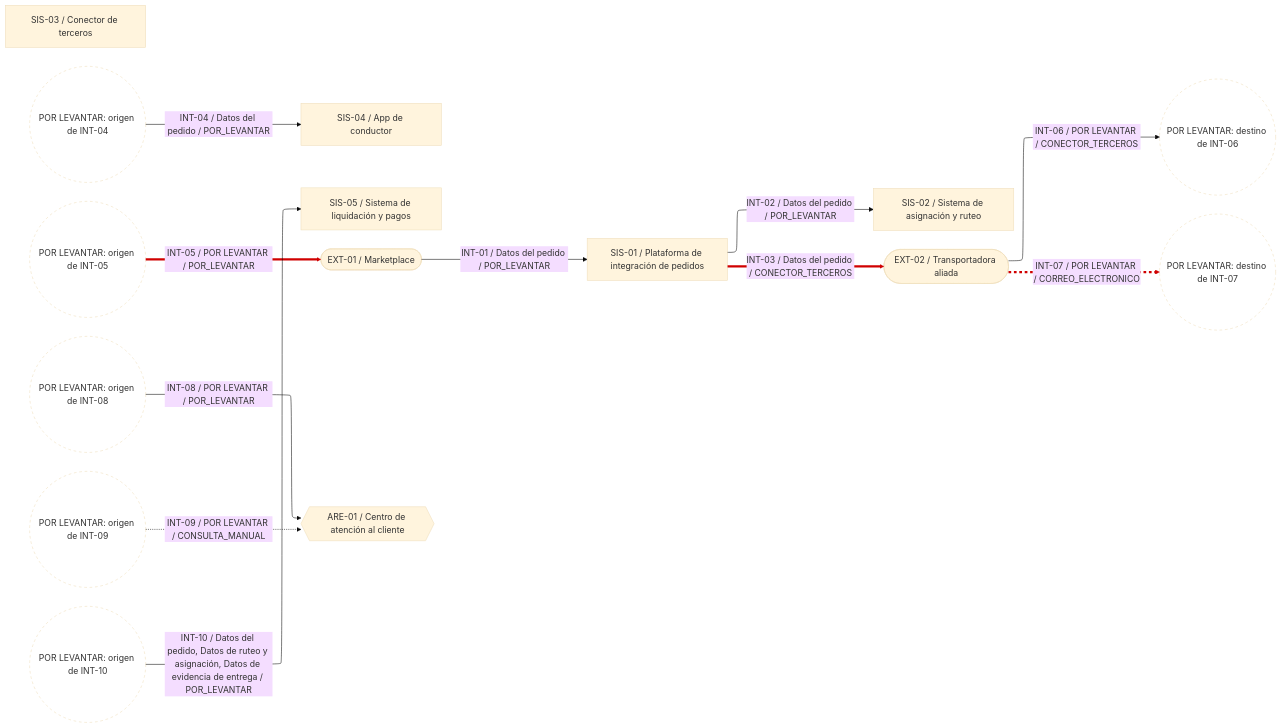
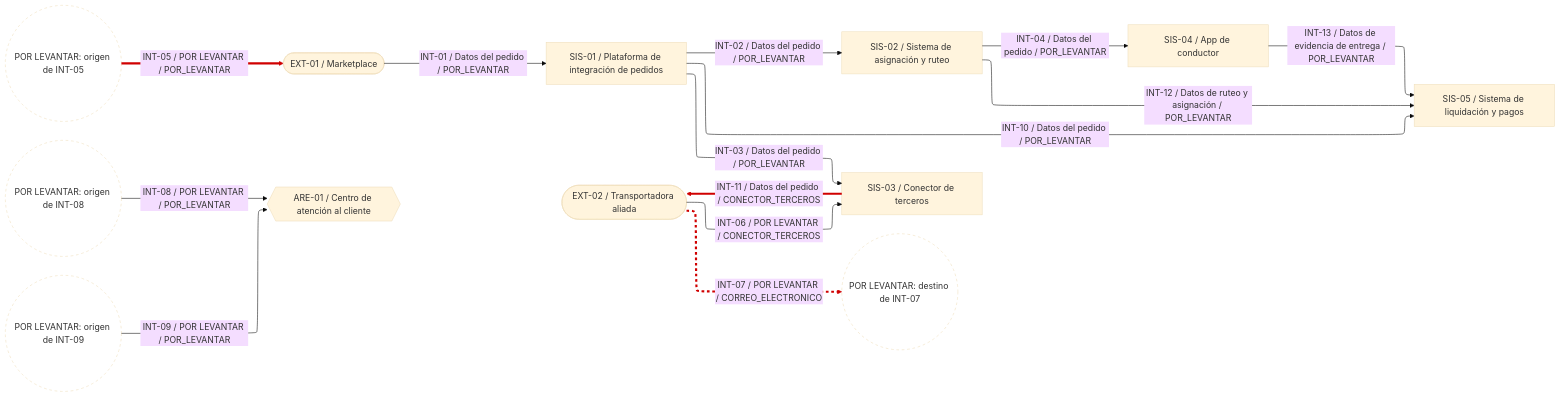
The diagram in artefactos/3d_diligenciado/mapa_integracion.mmd (db-unicode/investigacion-app), drawn with Mermaid (base theme) before and after one commit. The commit also changed 19 other files, not shown here.

```diff
--- a/artefactos/3d_diligenciado/mapa_integracion.mmd
+++ b/artefactos/3d_diligenciado/mapa_integracion.mmd
@@ -1,61 +1,65 @@
 ---
 config:
   layout: elk
 ---
 flowchart LR
   %% MAPA DE INTEGRACION DILIGENCIADO (PV-INT-2: Extremo + Intercambio + Problema)
   %% Fuente unica de hechos: FUE-01 (enunciado del caso). Datos tomados de formato_levantamiento_integracion v1.1.
   %% Lenguaje grafico BAC-13: Sistema = rectangulo | ParticipanteExterno = estadio | Area = hexagono
   %% Intercambio = flecha origen -> destino rotulada con id / grupos transportados / mecanismo
   %% CORREO_ELECTRONICO o CONSULTA_MANUAL = flecha punteada | Intercambio con Problema = flecha roja gruesa
   %% Punteada y con Problema = punteada, roja y gruesa (combinacion aprobada por el Arquitecto Lider).
   %% Extremo no registrado = circulo punteado 'POR LEVANTAR' (representacion PROVISIONAL, no definida en BAC-13).
   %% Aparecen todos los Sistema y ParticipanteExterno, y las Area que son origen o destino de un Intercambio.
-  %% SIS-03 (conector de terceros) no es origen ni destino: el metamodelo no expresa 'a traves de' (ver B9).
+  %% R7: el conector de terceros (SIS-03) es Extremo; CONECTOR_TERCEROS solo en el tramo conector-aliado.
+  %% Extremos derivados de una secuencia del enunciado (Nivel HIPOTESIS) se marcan en el comentario de cada flecha.
 
   %% --- Extremos ---
   SIS_01["SIS-01 / Plataforma de integración de pedidos"]
   SIS_02["SIS-02 / Sistema de asignación y ruteo"]
   SIS_03["SIS-03 / Conector de terceros"]
   SIS_04["SIS-04 / App de conductor"]
   SIS_05["SIS-05 / Sistema de liquidación y pagos"]
   EXT_01(["EXT-01 / Marketplace"])
   EXT_02(["EXT-02 / Transportadora aliada"])
   ARE_01{{"ARE-01 / Centro de atención al cliente"}}
 
   %% --- Extremos POR LEVANTAR ---
-  PL_INT_04_origen(("POR LEVANTAR: origen de INT-04")):::porLevantar
   PL_INT_05_origen(("POR LEVANTAR: origen de INT-05")):::porLevantar
-  PL_INT_06_destino(("POR LEVANTAR: destino de INT-06")):::porLevantar
   PL_INT_07_destino(("POR LEVANTAR: destino de INT-07")):::porLevantar
   PL_INT_08_origen(("POR LEVANTAR: origen de INT-08")):::porLevantar
   PL_INT_09_origen(("POR LEVANTAR: origen de INT-09")):::porLevantar
-  PL_INT_10_origen(("POR LEVANTAR: origen de INT-10")):::porLevantar
 
   %% --- Intercambios (el orden define el indice de linkStyle) ---
   %% 0: INT-01 (continua)
   EXT_01 -->|"INT-01 / Datos del pedido / POR_LEVANTAR"| SIS_01
   %% 1: INT-02 (continua)
   SIS_01 -->|"INT-02 / Datos del pedido / POR_LEVANTAR"| SIS_02
-  %% 2: INT-03 (continua, roja gruesa (tiene Problema))
-  SIS_01 ==>|"INT-03 / Datos del pedido / CONECTOR_TERCEROS"| EXT_02
-  %% 3: INT-04 (continua)
-  PL_INT_04_origen -->|"INT-04 / Datos del pedido / POR_LEVANTAR"| SIS_04
+  %% 2: INT-03 (continua)
+  SIS_01 -->|"INT-03 / Datos del pedido / POR_LEVANTAR"| SIS_03
+  %% 3: INT-04 (continua, extremo derivado de una secuencia (Nivel HIPOTESIS))
+  SIS_02 -->|"INT-04 / Datos del pedido / POR_LEVANTAR"| SIS_04
   %% 4: INT-05 (continua, roja gruesa (tiene Problema))
   PL_INT_05_origen ==>|"INT-05 / POR LEVANTAR / POR_LEVANTAR"| EXT_01
   %% 5: INT-06 (continua)
-  EXT_02 -->|"INT-06 / POR LEVANTAR / CONECTOR_TERCEROS"| PL_INT_06_destino
+  EXT_02 -->|"INT-06 / POR LEVANTAR / CONECTOR_TERCEROS"| SIS_03
   %% 6: INT-07 (punteada, roja gruesa (tiene Problema))
   EXT_02 -.->|"INT-07 / POR LEVANTAR / CORREO_ELECTRONICO"| PL_INT_07_destino
   %% 7: INT-08 (continua)
   PL_INT_08_origen -->|"INT-08 / POR LEVANTAR / POR_LEVANTAR"| ARE_01
-  %% 8: INT-09 (punteada)
-  PL_INT_09_origen -.->|"INT-09 / POR LEVANTAR / CONSULTA_MANUAL"| ARE_01
-  %% 9: INT-10 (continua)
-  PL_INT_10_origen -->|"INT-10 / Datos del pedido, Datos de ruteo y asignación, Datos de evidencia de entrega / POR_LEVANTAR"| SIS_05
+  %% 8: INT-09 (continua)
+  PL_INT_09_origen -->|"INT-09 / POR LEVANTAR / POR_LEVANTAR"| ARE_01
+  %% 9: INT-10 (continua, extremo derivado de una secuencia (Nivel HIPOTESIS))
+  SIS_01 -->|"INT-10 / Datos del pedido / POR_LEVANTAR"| SIS_05
+  %% 10: INT-11 (continua, roja gruesa (tiene Problema))
+  SIS_03 ==>|"INT-11 / Datos del pedido / CONECTOR_TERCEROS"| EXT_02
+  %% 11: INT-12 (continua, extremo derivado de una secuencia (Nivel HIPOTESIS))
+  SIS_02 -->|"INT-12 / Datos de ruteo y asignación / POR_LEVANTAR"| SIS_05
+  %% 12: INT-13 (continua, extremo derivado de una secuencia (Nivel HIPOTESIS))
+  SIS_04 -->|"INT-13 / Datos de evidencia de entrega / POR_LEVANTAR"| SIS_05
 
-  linkStyle 2 stroke:#d00000,stroke-width:4px
   linkStyle 4 stroke:#d00000,stroke-width:4px
   linkStyle 6 stroke:#d00000,stroke-width:4px,stroke-dasharray:5 5
+  linkStyle 10 stroke:#d00000,stroke-width:4px
 
   classDef porLevantar stroke-dasharray:5 5,fill:none
```
